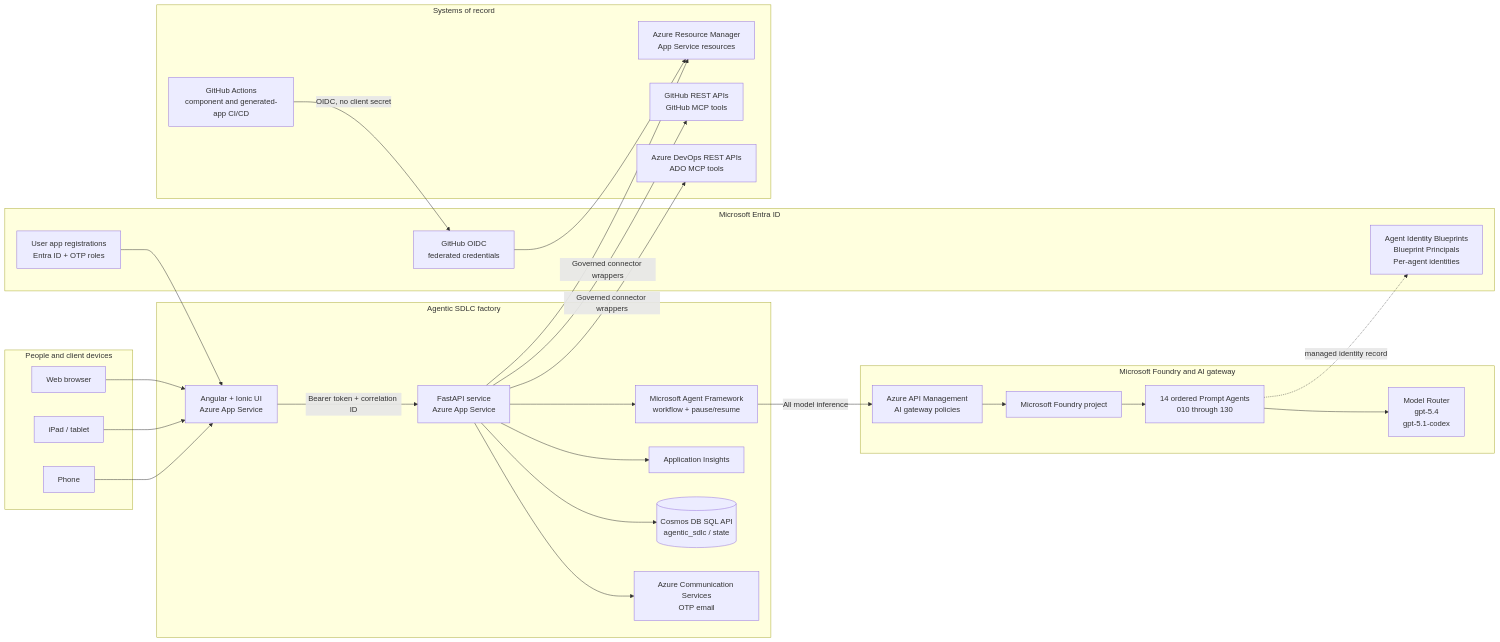
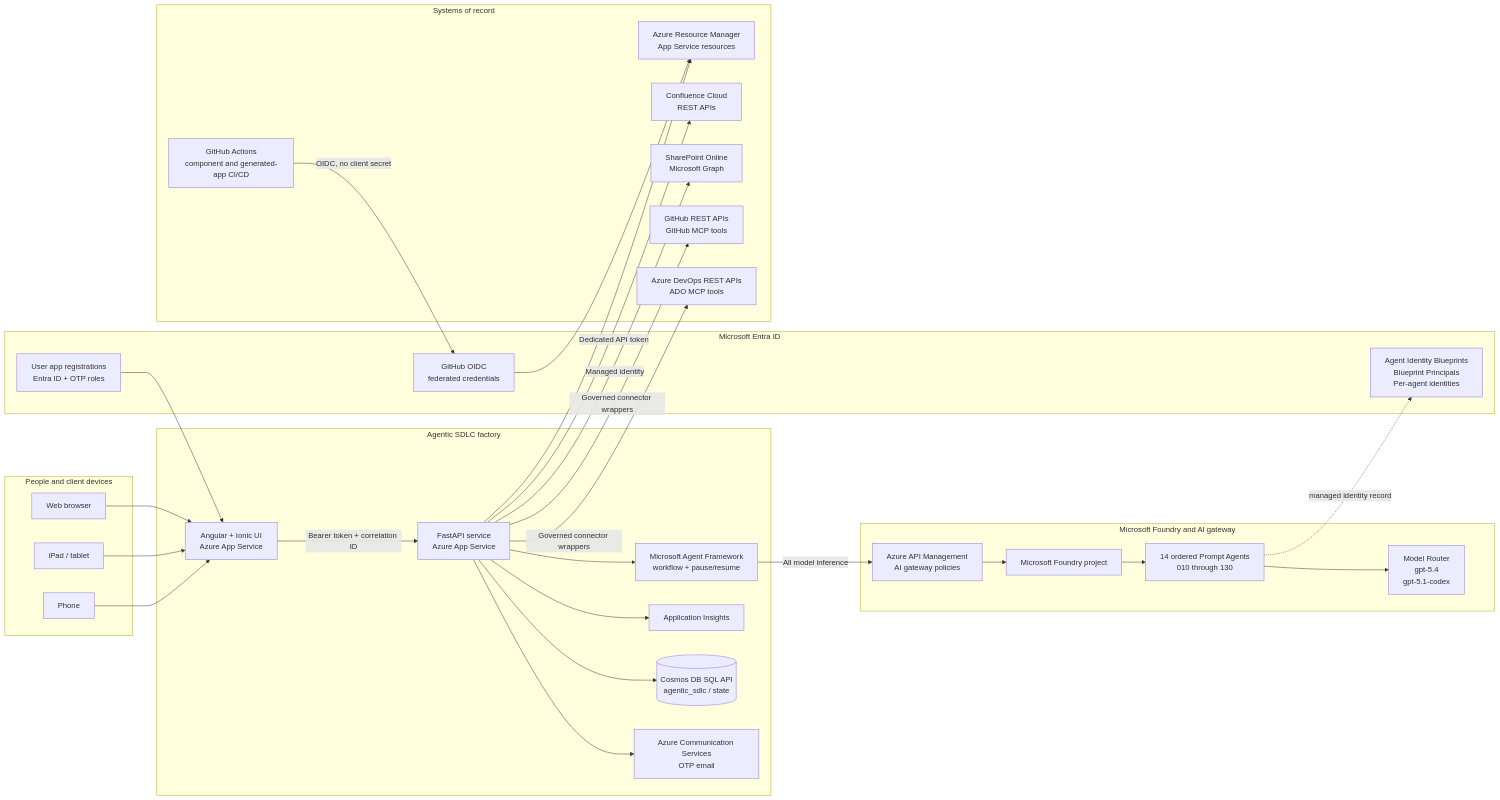
One commit to csdmichael/Foundry-Agentic-Workflow-SDLC-Docs changed the diagram in docs/PROJECT-SETUP-PREREQUISITES.md. Above: the diagram before and after it, drawn with Mermaid. The commit also changed other lines of this file, not shown here.

Commit message:
docs: add SharePoint and Confluence setup guidance

````diff
--- a/docs/PROJECT-SETUP-PREREQUISITES.md
+++ b/docs/PROJECT-SETUP-PREREQUISITES.md
@@ -10,57 +10,61 @@
 ```mermaid
 flowchart LR
   subgraph People[People and client devices]
     Web[Web browser]
     Tablet[iPad / tablet]
     Phone[Phone]
   end
 
   subgraph Identity[Microsoft Entra ID]
       UserAuth[User app registrations<br/>Entra ID + OTP roles]
       AgentIDs[Agent Identity Blueprints<br/>Blueprint Principals<br/>Per-agent identities]
       WorkloadOIDC[GitHub OIDC<br/>federated credentials]
   end
 
   subgraph Factory[Agentic SDLC factory]
       UI[Angular + Ionic UI<br/>Azure App Service]
       API[FastAPI service<br/>Azure App Service]
       MAF[Microsoft Agent Framework<br/>workflow + pause/resume]
       Store[(Cosmos DB SQL API<br/>agentic_sdlc / state)]
     Telemetry[Application Insights]
       Email[Azure Communication Services<br/>OTP email]
   end
 
   subgraph AI[Microsoft Foundry and AI gateway]
       APIM[Azure API Management<br/>AI gateway policies]
     Foundry[Microsoft Foundry project]
       Agents[14 ordered Prompt Agents<br/>010 through 130]
       Models[Model Router<br/>gpt-5.4<br/>gpt-5.1-codex]
   end
 
   subgraph Delivery[Systems of record]
       ADO[Azure DevOps REST APIs<br/>ADO MCP tools]
       GitHub[GitHub REST APIs<br/>GitHub MCP tools]
+     SharePoint[SharePoint Online<br/>Microsoft Graph]
+     Confluence[Confluence Cloud<br/>REST APIs]
       Actions[GitHub Actions<br/>component and generated-app CI/CD]
       Azure[Azure Resource Manager<br/>App Service resources]
   end
 
   Web --> UI
   Tablet --> UI
   Phone --> UI
   UI -->|Bearer token + correlation ID| API
   UserAuth --> UI
   API --> Email
   API --> Store
   API --> Telemetry
   API --> MAF
   MAF -->|All model inference| APIM
   APIM --> Foundry
   Foundry --> Agents
   Agents --> Models
   Agents -. managed identity record .-> AgentIDs
   API -->|Governed connector wrappers| ADO
   API -->|Governed connector wrappers| GitHub
+   API -->|Managed identity| SharePoint
+   API -->|Dedicated API token| Confluence
   API --> Azure
   Actions -->|OIDC, no client secret| WorkloadOIDC
   WorkloadOIDC --> Azure
 ```
````
